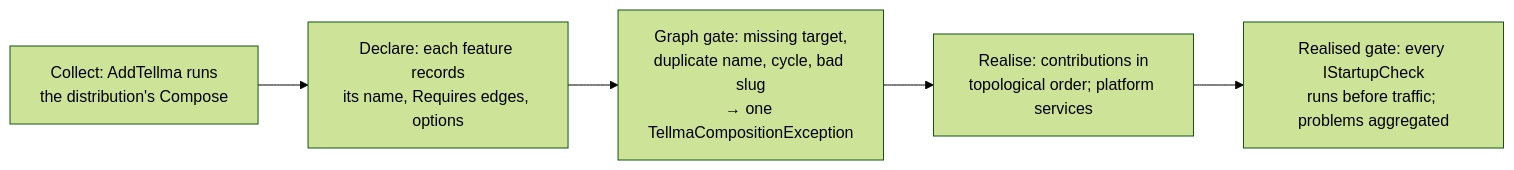
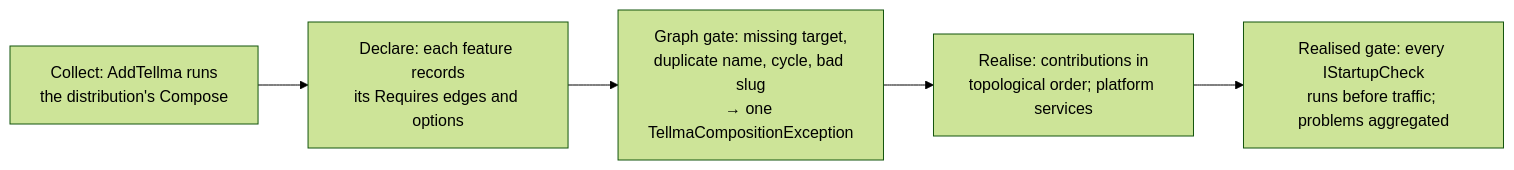
Before and after one commit to tellma-ltd/tellma-platform: the third of 5 diagrams in ARCHITECTURE.md, drawn with Mermaid (forest theme). The commit also changed other lines of this file and 13 other files, not shown here.

````diff
--- a/ARCHITECTURE.md
+++ b/ARCHITECTURE.md
@@ -747,8 +748,8 @@
 ```mermaid
 flowchart LR
     SEL["Collect: AddTellma runs<br/>the distribution's Compose"] --> DECL
-    DECL["Declare: each feature records<br/>its name, Requires edges, options"] --> G1
+    DECL["Declare: each feature records<br/>its Requires edges and options"] --> G1
     G1["Graph gate: missing target,<br/>duplicate name, cycle, bad slug<br/>→ one TellmaCompositionException"] --> REAL
     REAL["Realise: contributions in<br/>topological order; platform services"] --> G2
     G2["Realised gate: every IStartupCheck<br/>runs before traffic; problems aggregated"]
 ```
````
